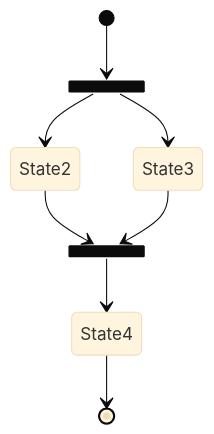
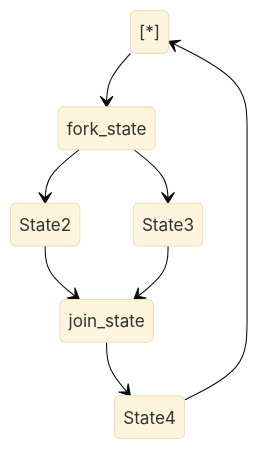
The fourth of 5 diagrams in docs/tools.md (ProfMacKelly/studiesdejure), drawn with Mermaid (base theme) before and after one commit. The commit also changed other lines of this file and 18 other files, not shown here.

````diff
--- a/docs/tools.md
+++ b/docs/tools.md
@@ -389,13 +272,12 @@
 ``` mermaid
 stateDiagram-v2
-  state fork_state <<fork>>
-    [*] --> fork_state
-    fork_state --> State2
-    fork_state --> State3
-
-    state join_state <<join>>
-    State2 --> join_state
-    State3 --> join_state
-    join_state --> State4
-    State4 --> [*]
+state fork\_state <>
+[\*] --> fork\_state
+fork\_state --> State2
+fork\_state --> State3
+state join\_state <>
+State2 --> join\_state
+State3 --> join\_state
+join\_state --> State4
+State4 --> [\*]
 ```
````
